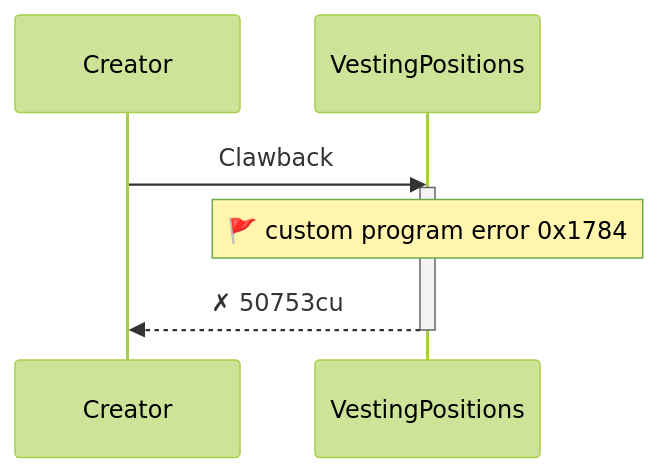
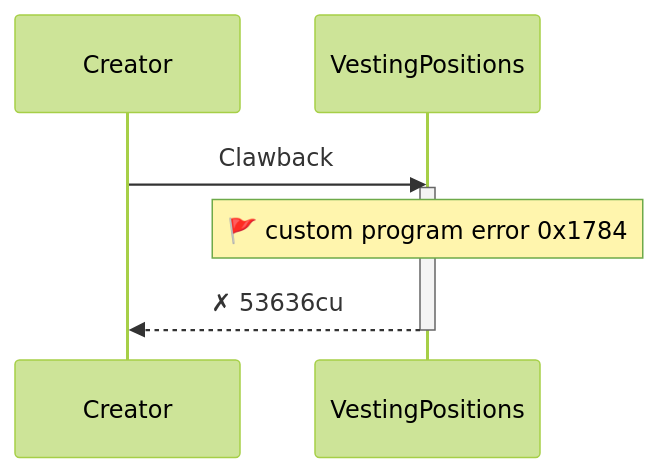
The tenth of 12 diagrams in babelfish-tests/test-report/clawback_fully_claimed_badge_fails.md (cds-turbin3/vesting-position), drawn with Mermaid (forest theme) before and after one commit. The commit also changed other lines of this file and 106 other files, not shown here.

````diff
--- a/babelfish-tests/test-report/clawback_fully_claimed_badge_fails.md
+++ b/babelfish-tests/test-report/clawback_fully_claimed_badge_fails.md
@@ -485,10 +499,10 @@
 ```mermaid
 sequenceDiagram
     participant p0 as Creator
     participant p1 as VestingPositions
     p0->>p1: Clawback
     activate p1
     note over p1: 🚩 custom program error  0x1784
-    p1-->>p0: ✗ 50753cu
+    p1-->>p0: ✗ 53636cu
     deactivate p1
 ```
````
